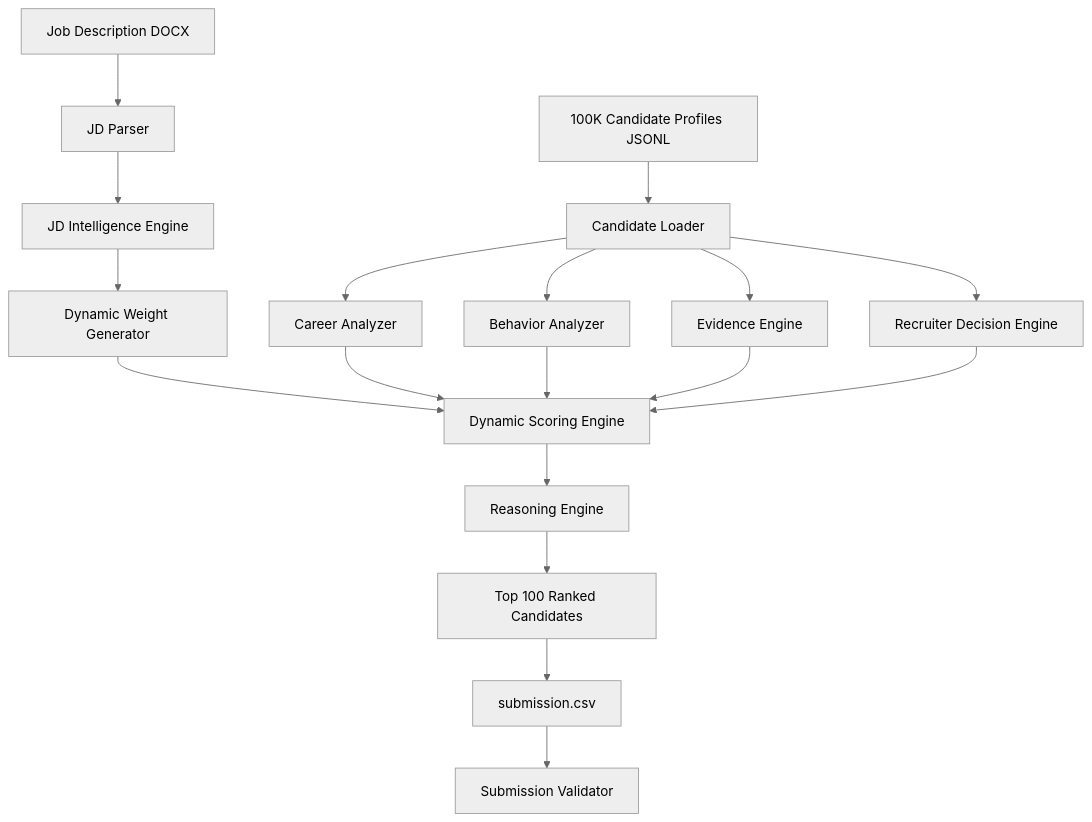
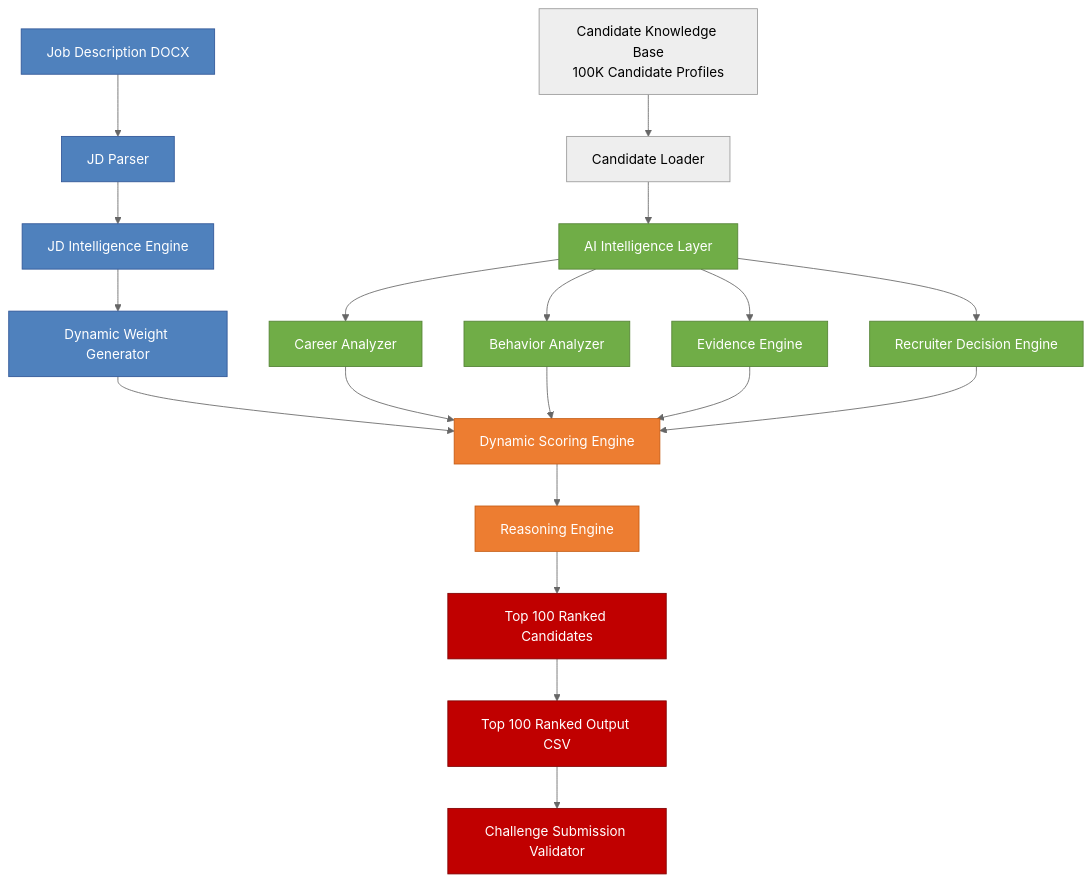
Before and after one commit to robo99oo/TalentLens-AI: the diagram in architecture.md, drawn with Mermaid (neutral theme). The commit also changed other lines of this file, not shown here.

Commit message:
Improve architecture diagram

````diff
--- a/architecture.md
+++ b/architecture.md
@@ -1,25 +5,58 @@
 ```mermaid
 flowchart TD
-    A[Job Description DOCX] --> B[JD Parser]
-    B --> C[JD Intelligence Engine]
-    C --> D[Dynamic Weight Generator]
 
-    E[100K Candidate Profiles JSONL] --> F[Candidate Loader]
+    A[Job Description DOCX]
+    B[JD Parser]
+    C[JD Intelligence Engine]
+    D[Dynamic Weight Generator]
 
-    F --> G[Career Analyzer]
-    F --> H[Behavior Analyzer]
-    F --> I[Evidence Engine]
-    F --> J[Recruiter Decision Engine]
+    E[Candidate Knowledge Base<br/>100K Candidate Profiles]
+    F[Candidate Loader]
 
-    D --> K[Dynamic Scoring Engine]
+    AI[AI Intelligence Layer]
+
+    G[Career Analyzer]
+    H[Behavior Analyzer]
+    I[Evidence Engine]
+    J[Recruiter Decision Engine]
+
+    K[Dynamic Scoring Engine]
+    L[Reasoning Engine]
+    M[Top 100 Ranked Candidates]
+    N[Top 100 Ranked Output CSV]
+    O[Challenge Submission Validator]
+
+    A --> B
+    B --> C
+    C --> D
+
+    E --> F
+
+    F --> AI
+
+    AI --> G
+    AI --> H
+    AI --> I
+    AI --> J
+
+    D --> K
     G --> K
     H --> K
     I --> K
     J --> K
 
-    K --> L[Reasoning Engine]
-    L --> M[Top 100 Ranked Candidates]
-    M --> N[submission.csv]
+    K --> L
+    L --> M
+    M --> N
+    N --> O
 
-    N --> O[Submission Validator]
+    classDef jd fill:#4F81BD,color:#fff,stroke:#2F5597;
+    classDef ai fill:#70AD47,color:#fff,stroke:#548235;
+    classDef scoring fill:#ED7D31,color:#fff,stroke:#C55A11;
+    classDef output fill:#C00000,color:#fff,stroke:#7F0000;
+
+    class A,B,C,D jd;
+    class AI,G,H,I,J ai;
+    class K,L scoring;
+    class M,N,O output;
 ```
````
